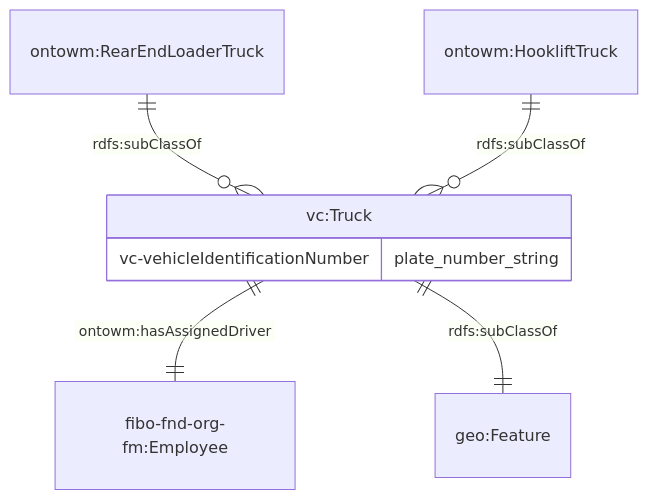
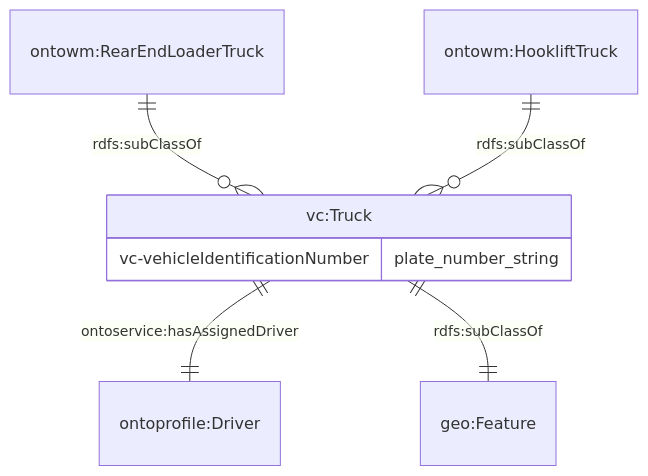
The ninth of 11 diagrams in JPS_Ontology/ontology/ontowastemanagement/README.md (cambridge-cares/TheWorldAvatar), drawn with Mermaid before and after one commit. The commit also changed other lines of this file and 5 other files, not shown here.

Commit message:
dev-ontowastemanagement: Moved assignedDriver to ontoservice

````diff
--- a/JPS_Ontology/ontology/ontowastemanagement/README.md
+++ b/JPS_Ontology/ontology/ontowastemanagement/README.md
@@ -407,11 +407,11 @@
 ```mermaid
     erDiagram
-    "vc:Truck" ||--|| "fibo-fnd-org-fm:Employee" : "ontowm:hasAssignedDriver"
+    "vc:Truck" ||--|| "ontoprofile:Driver" : "ontoservice:hasAssignedDriver"
     "vc:Truck" ||--|| "geo:Feature" : "rdfs:subClassOf"
     "vc:Truck" {
         vc-vehicleIdentificationNumber plate_number_string
     }
 
     "ontowm:RearEndLoaderTruck" ||--o{ "vc:Truck" : "rdfs:subClassOf"
     "ontowm:HookliftTruck" ||--o{ "vc:Truck" : "rdfs:subClassOf"
 ```
````
